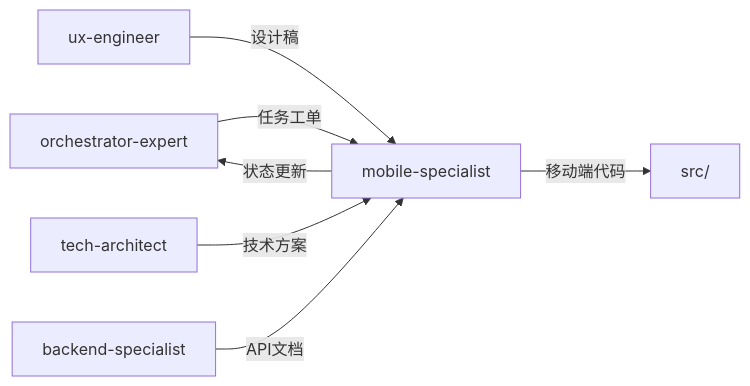
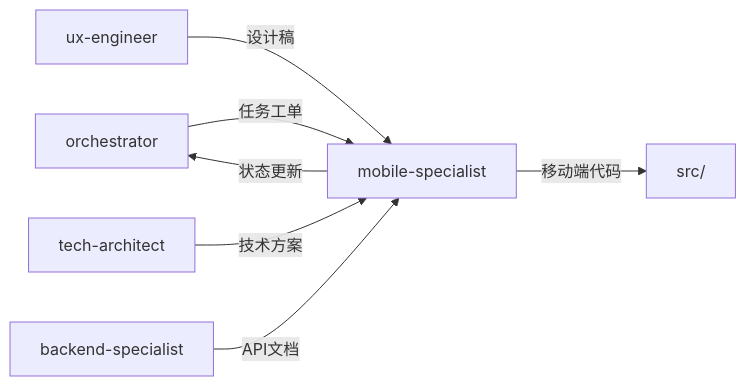
The diagram in skills/mobile-specialist/SKILL.md (Tooooommy/Trae-Workflow), drawn with Mermaid before and after one commit. The commit also changed other lines of this file and 21 other files, not shown here.

First line of the commit message:
refactor(skills): rename orchestrator-expert to orchestrator and update paths

````diff
--- a/skills/mobile-specialist/SKILL.md
+++ b/skills/mobile-specialist/SKILL.md
@@ -79,9 +79,9 @@
 ```mermaid
 flowchart LR
-    A[orchestrator-expert] -->|任务工单| B[mobile-specialist]
+    A[orchestrator] -->|任务工单| B[mobile-specialist]
     C[ux-engineer] -->|设计稿| B
     D[tech-architect] -->|技术方案| B
     E[backend-specialist] -->|API文档| B
     B -->|移动端代码| F[src/]
     B -->|状态更新| A
 ```
````
